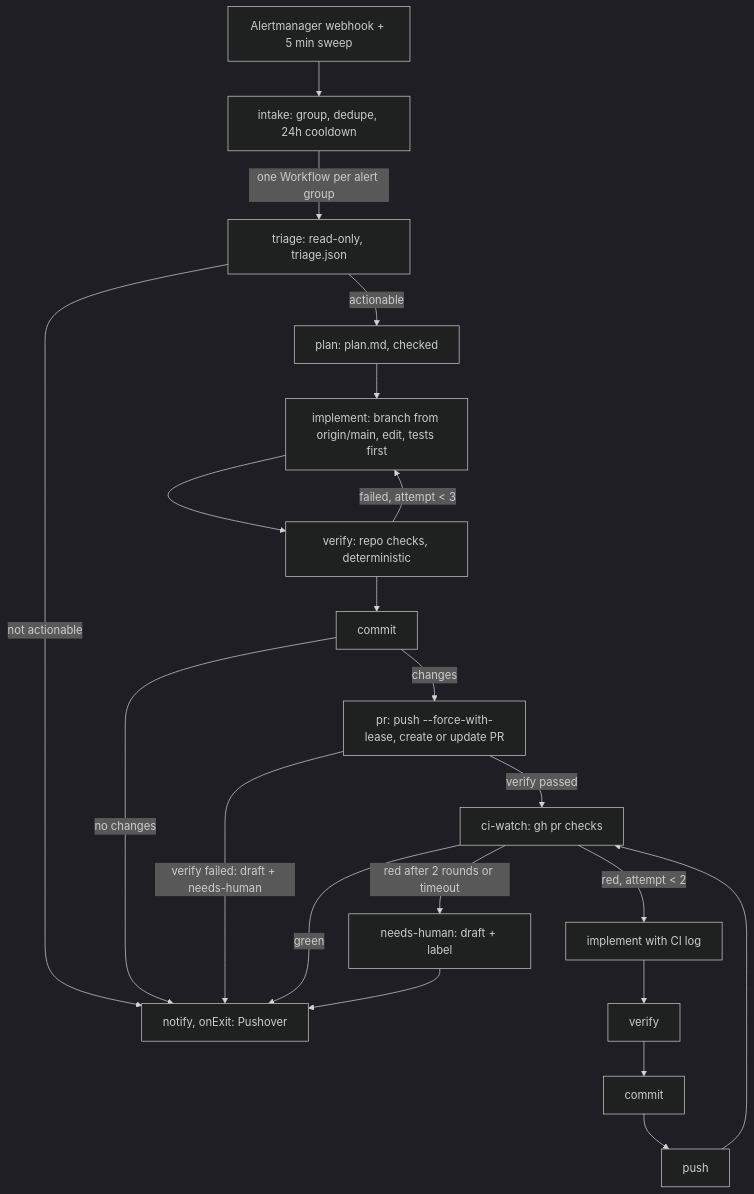
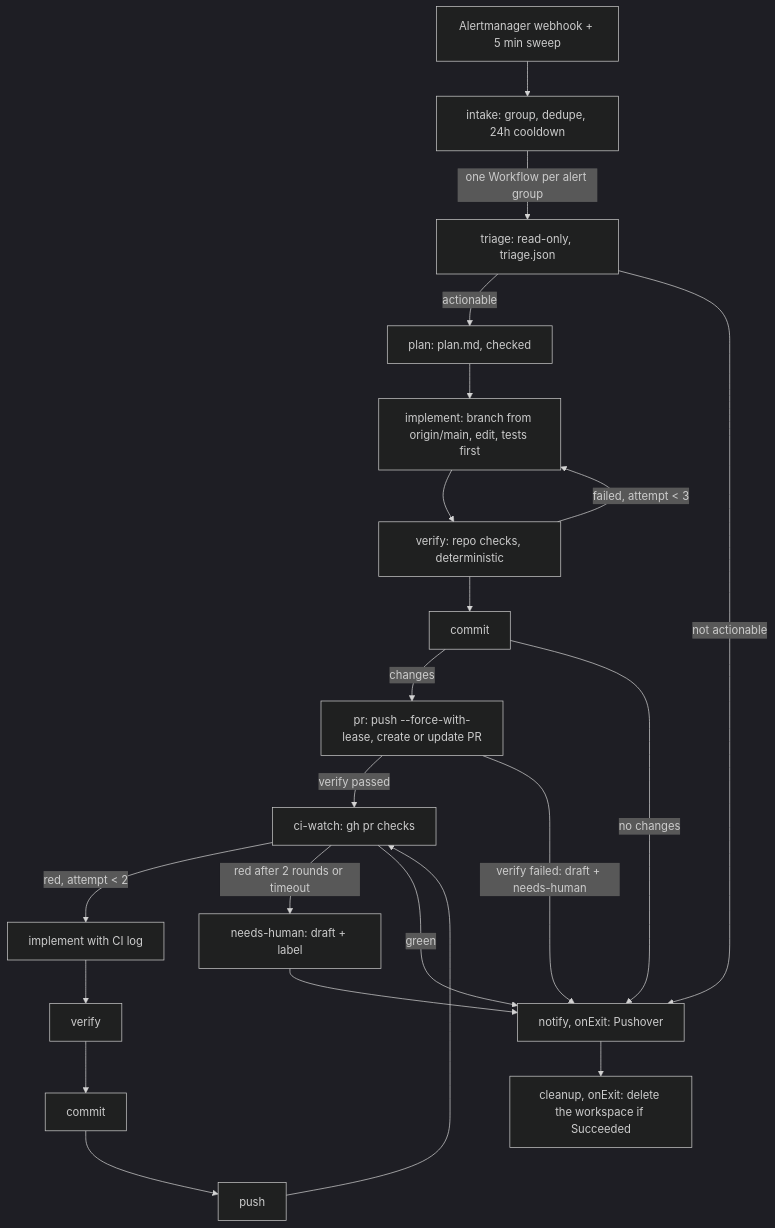
The diagram in docs/runbooks/triage-agent.md (ryanmcafee/homelab), drawn with Mermaid (dark theme) before and after one commit. The commit also changed other lines of this file and 17 other files, not shown here.

````diff
--- a/docs/runbooks/triage-agent.md
+++ b/docs/runbooks/triage-agent.md
@@ -19,19 +19,20 @@
 ```mermaid
 flowchart TD
   AM[Alertmanager webhook + 5 min sweep] --> IN[intake: group, dedupe, 24h cooldown]
   IN -->|one Workflow per alert group| T[triage: read-only, triage.json]
   T -->|actionable| P[plan: plan.md, checked]
   T -->|not actionable| N
   P --> I[implement: branch from origin/main, edit, tests first]
   I --> V[verify: repo checks, deterministic]
   V -->|failed, attempt < 3| I
   V --> C[commit]
   C -->|changes| PR[pr: push --force-with-lease, create or update PR]
   C -->|no changes| N
   PR -->|verify passed| W[ci-watch: gh pr checks]
   PR -->|verify failed: draft + needs-human| N
   W -->|red, attempt < 2| I2[implement with CI log] --> V2[verify] --> C2[commit] --> PR2[push] --> W
   W -->|red after 2 rounds or timeout| H[needs-human: draft + label]
   W -->|green| N
   H --> N[notify, onExit: Pushover]
+  N --> CL[cleanup, onExit: delete the workspace if Succeeded]
 ```
````
